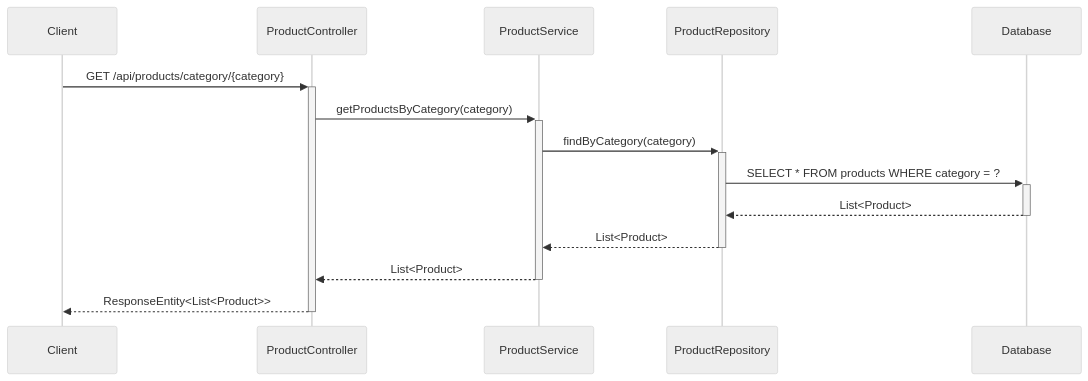
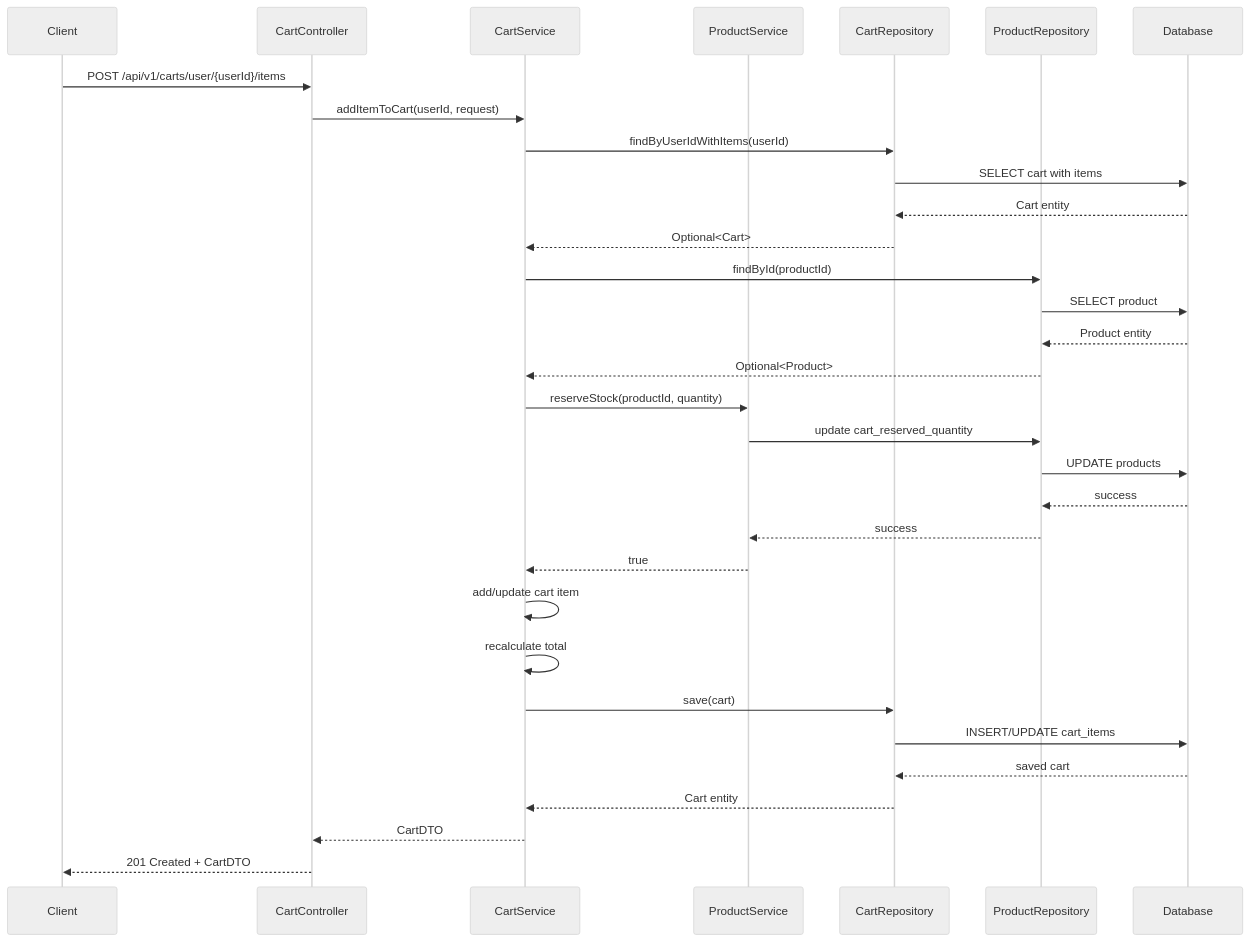
One commit to NavneetBN47/aava-ecom-demo changed the fifth of 8 diagrams in docs/LLD/lld.md. Above: the diagram before and after it, drawn with Mermaid (neutral theme). The commit also changed other lines of this file, not shown here.

````diff
--- a/docs/LLD/lld.md
+++ b/docs/LLD/lld.md
@@ -234,17 +1517,35 @@
 ```mermaid
 sequenceDiagram
     participant Client
-    participant ProductController
+    participant CartController
+    participant CartService
     participant ProductService
+    participant CartRepository
     participant ProductRepository
     participant Database
-    
-    Client->>+ProductController: GET /api/products/category/{category}
-    ProductController->>+ProductService: getProductsByCategory(category)
-    ProductService->>+ProductRepository: findByCategory(category)
-    ProductRepository->>+Database: SELECT * FROM products WHERE category = ?
-    Database-->>-ProductRepository: List<Product>
-    ProductRepository-->>-ProductService: List<Product>
-    ProductService-->>-ProductController: List<Product>
-    ProductController-->>-Client: ResponseEntity<List<Product>>
+
+    Client->>CartController: POST /api/v1/carts/user/{userId}/items
+    CartController->>CartService: addItemToCart(userId, request)
+    CartService->>CartRepository: findByUserIdWithItems(userId)
+    CartRepository->>Database: SELECT cart with items
+    Database-->>CartRepository: Cart entity
+    CartRepository-->>CartService: Optional<Cart>
+    CartService->>ProductRepository: findById(productId)
+    ProductRepository->>Database: SELECT product
+    Database-->>ProductRepository: Product entity
+    ProductRepository-->>CartService: Optional<Product>
+    CartService->>ProductService: reserveStock(productId, quantity)
+    ProductService->>ProductRepository: update cart_reserved_quantity
+    ProductRepository->>Database: UPDATE products
+    Database-->>ProductRepository: success
+    ProductRepository-->>ProductService: success
+    ProductService-->>CartService: true
+    CartService->>CartService: add/update cart item
+    CartService->>CartService: recalculate total
+    CartService->>CartRepository: save(cart)
+    CartRepository->>Database: INSERT/UPDATE cart_items
+    Database-->>CartRepository: saved cart
+    CartRepository-->>CartService: Cart entity
+    CartService-->>CartController: CartDTO
+    CartController-->>Client: 201 Created + CartDTO
 ```
````
